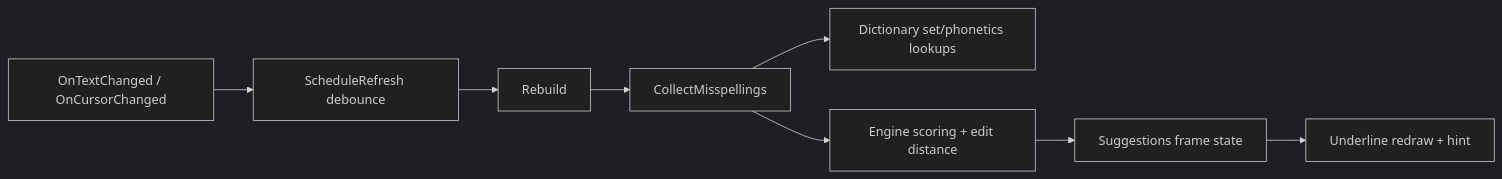
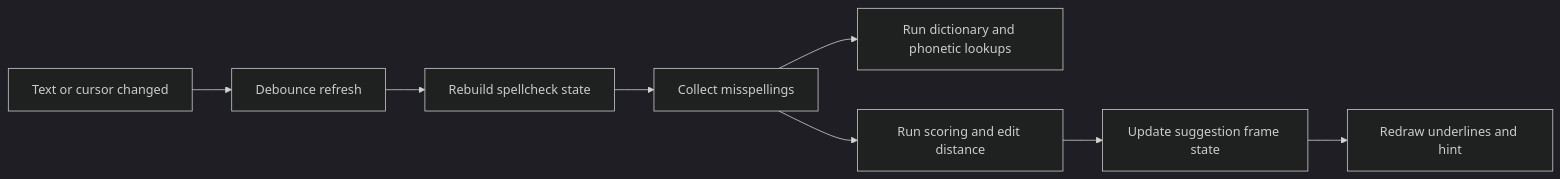
Before and after one commit to TenaarFeiri/WoW-Yapper: the fourth of 5 diagrams in Documentation/Architecture.md, drawn with Mermaid (dark theme). The commit also changed other lines of this file and 1 other file, not shown here.

First line of the commit message:
docs: fix architecture mermaid parse robustness and expand yallm internals detail

````diff
--- a/Documentation/Architecture.md
+++ b/Documentation/Architecture.md
@@ -151,10 +151,10 @@
 ```mermaid
 flowchart LR
-    T[OnTextChanged / OnCursorChanged] --> D[ScheduleRefresh debounce]
-    D --> R[Rebuild]
-    R --> C[CollectMisspellings]
-    C --> DL[Dictionary set/phonetics lookups]
-    C --> EN[Engine scoring + edit distance]
-    EN --> S[Suggestions frame state]
-    S --> U[Underline redraw + hint]
+    T["Text or cursor changed"] --> D["Debounce refresh"]
+    D --> R["Rebuild spellcheck state"]
+    R --> C["Collect misspellings"]
+    C --> DL["Run dictionary and phonetic lookups"]
+    C --> EN["Run scoring and edit distance"]
+    EN --> S["Update suggestion frame state"]
+    S --> U["Redraw underlines and hint"]
 ```
````
